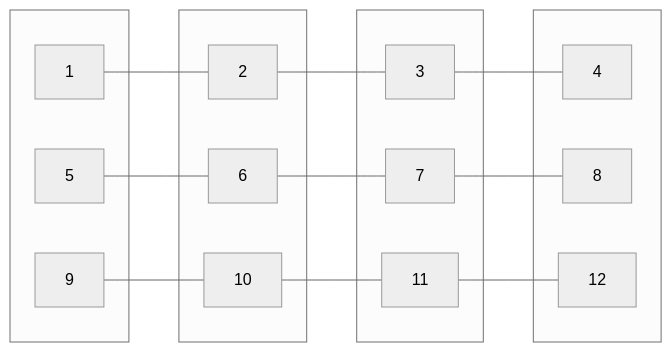
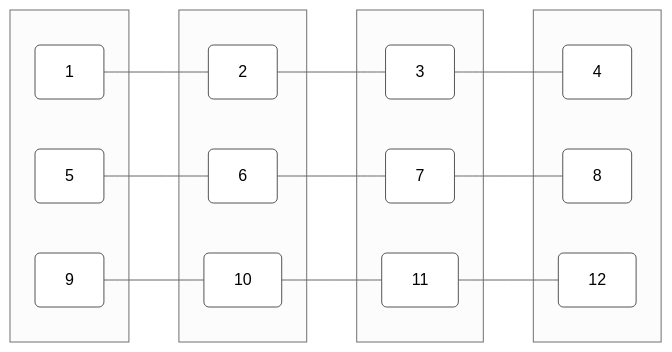
One commit to athena-tircgo/amr-lsj changed the second of 2 diagrams in README.md. Above: the diagram before and after it, drawn with Mermaid (neutral theme).

````diff
--- a/README.md
+++ b/README.md
@@ -50,35 +50,38 @@
 ```mermaid
 graph LR
+    %% 樣式設定
+    classDef node fill:#fff,stroke:#555,stroke-width:1px,rx:5,ry:5;
+
     %% 第一欄
     subgraph col1[ ]
-        A1[1]
-        A2[5]
-        A3[9]
+        A1[1]:::node
+        A2[5]:::node
+        A3[9]:::node
     end
 
     %% 第二欄
     subgraph col2[ ]
-        A4[2]
-        A5[6]
-        A6[10]
+        A4[2]:::node
+        A5[6]:::node
+        A6[10]:::node
     end
 
     %% 第三欄
     subgraph col3[ ]
-        A7[3]
-        A8[7]
-        A9[11]
+        A7[3]:::node
+        A8[7]:::node
+        A9[11]:::node
     end
 
-   %% 第四欄
+    %% 第四欄
     subgraph col4[ ]
-        A10[4]
-        A11[8]
-        A12[12]
+        A10[4]:::node
+        A11[8]:::node
+        A12[12]:::node
     end
 
     %% 橫向連線
     A1 --- A4 --- A7 --- A10
     A2 --- A5 --- A8 --- A11
     A3 --- A6 --- A9 --- A12
 ```
````
